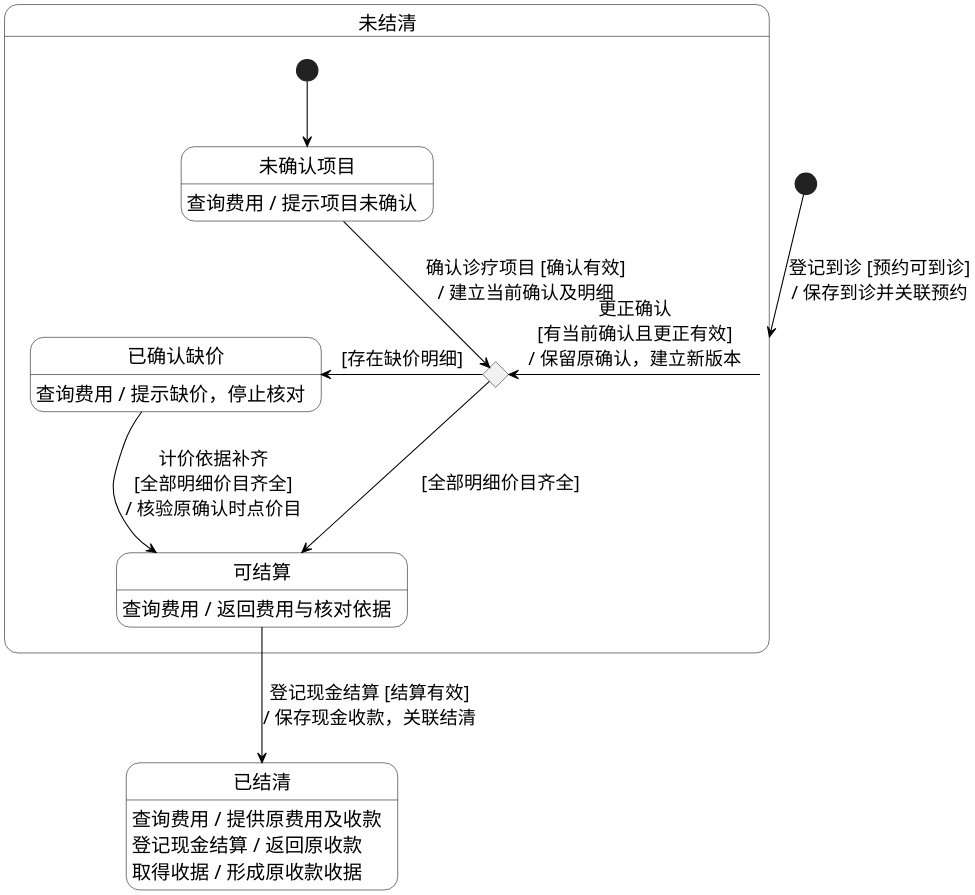
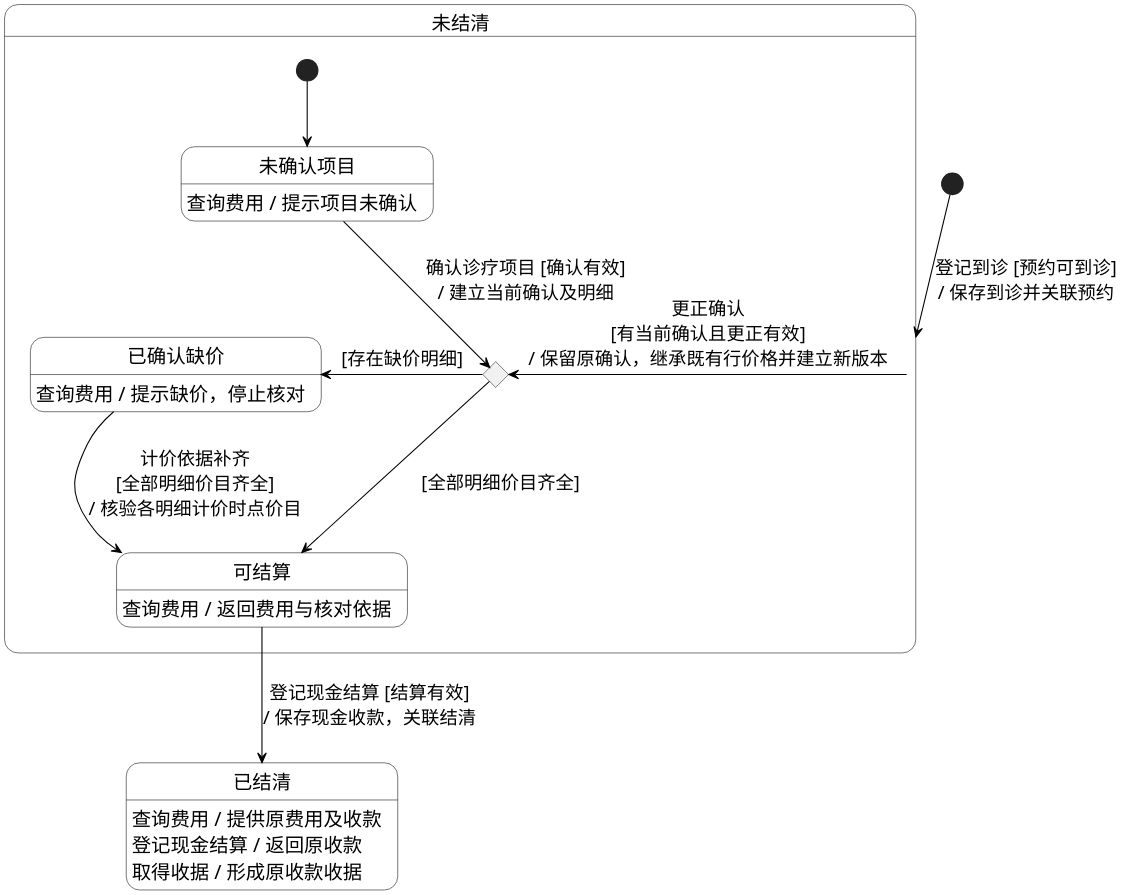
One commit to Shawmc-creator/systemAnalyseAndDesign changed the diagram in 01-需求文档/diagrams/15-visit-state-machine.puml. Above: the diagram before and after it, drawn with PlantUML. The commit also changed 50 other files, not shown here.

Commit message:
Revise requirements document and analysis diagrams

```diff
--- a/01-需求文档/diagrams/15-visit-state-machine.puml
+++ b/01-需求文档/diagrams/15-visit-state-machine.puml
@@ -1,39 +1,39 @@
 @startuml
 skinparam backgroundColor white
 skinparam shadowing false
 skinparam defaultFontName SimSun
 skinparam defaultFontSize 18
 skinparam dpi 220
 skinparam ArrowColor black
 skinparam ArrowFontSize 17
 skinparam state {
  BackgroundColor white
  BorderColor black
  FontColor black
  StartColor black
  EndColor black
 }
 skinparam NoteBackgroundColor white
 skinparam NoteBorderColor black
 state "未结清" as Open {
  state "未确认项目" as Unconfirmed
  state "已确认缺价" as Missing
  state "可结算" as Ready
  state PriceCheck <<choice>>
  [*] --> Unconfirmed
  Unconfirmed : 查询费用 / 提示项目未确认
  Missing : 查询费用 / 提示缺价，停止核对
  Ready : 查询费用 / 返回费用与核对依据
  Unconfirmed -down-> PriceCheck : 确认诊疗项目 [确认有效]\n/ 建立当前确认及明细
  PriceCheck -left-> Missing : [存在缺价明细]
  PriceCheck -down-> Ready : [全部明细价目齐全]
- Missing -down-> Ready : 计价依据补齐\n[全部明细价目齐全]\n/ 核验原确认时点价目
+ Missing -down-> Ready : 计价依据补齐\n[全部明细价目齐全]\n/ 核验各明细计价时点价目
 }
 state "已结清" as Settled
 Settled : 查询费用 / 提供原费用及收款
 Settled : 登记现金结算 / 返回原收款
 Settled : 取得收据 / 形成原收款收据
 [*] -down-> Open : 登记到诊 [预约可到诊]\n/ 保存到诊并关联预约
-Open -left-> PriceCheck : 更正确认\n[有当前确认且更正有效]\n/ 保留原确认，建立新版本
+Open -left-> PriceCheck : 更正确认\n[有当前确认且更正有效]\n/ 保留原确认，继承既有行价格并建立新版本
 Ready -down-> Settled : 登记现金结算 [结算有效]\n/ 保存现金收款，关联结清
 @enduml
```
